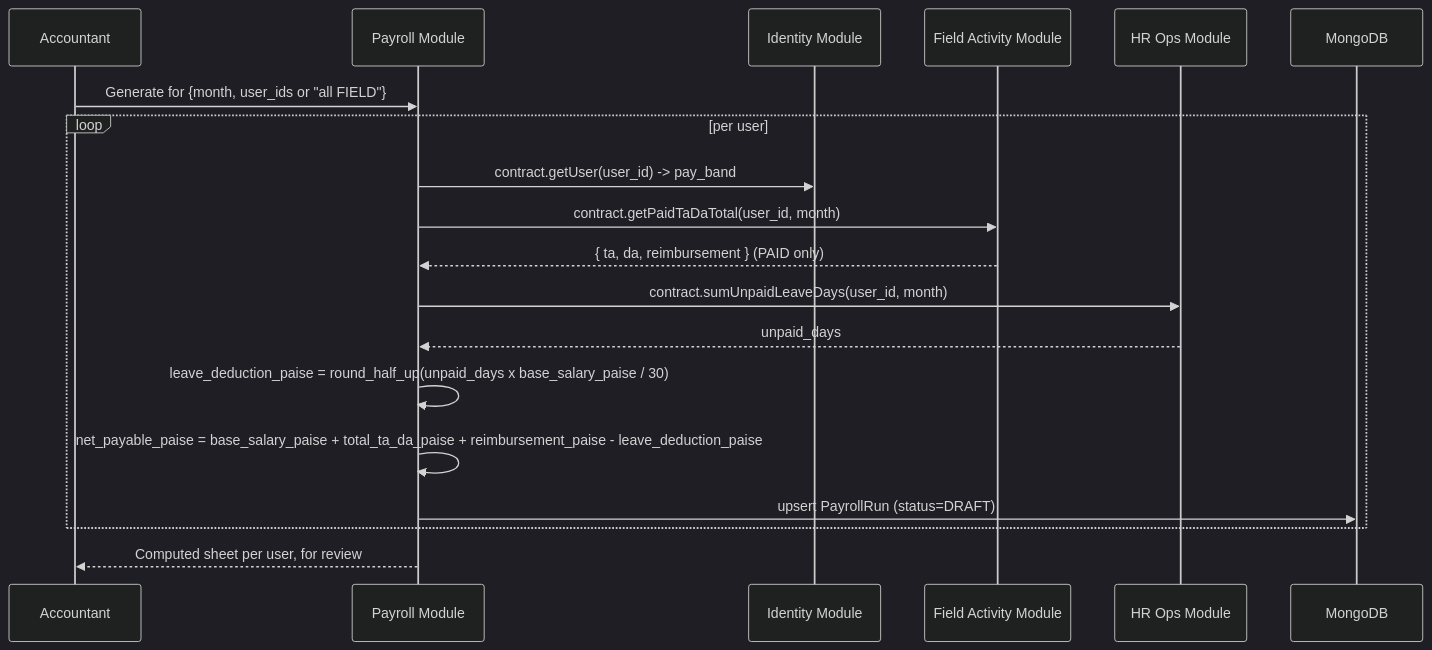
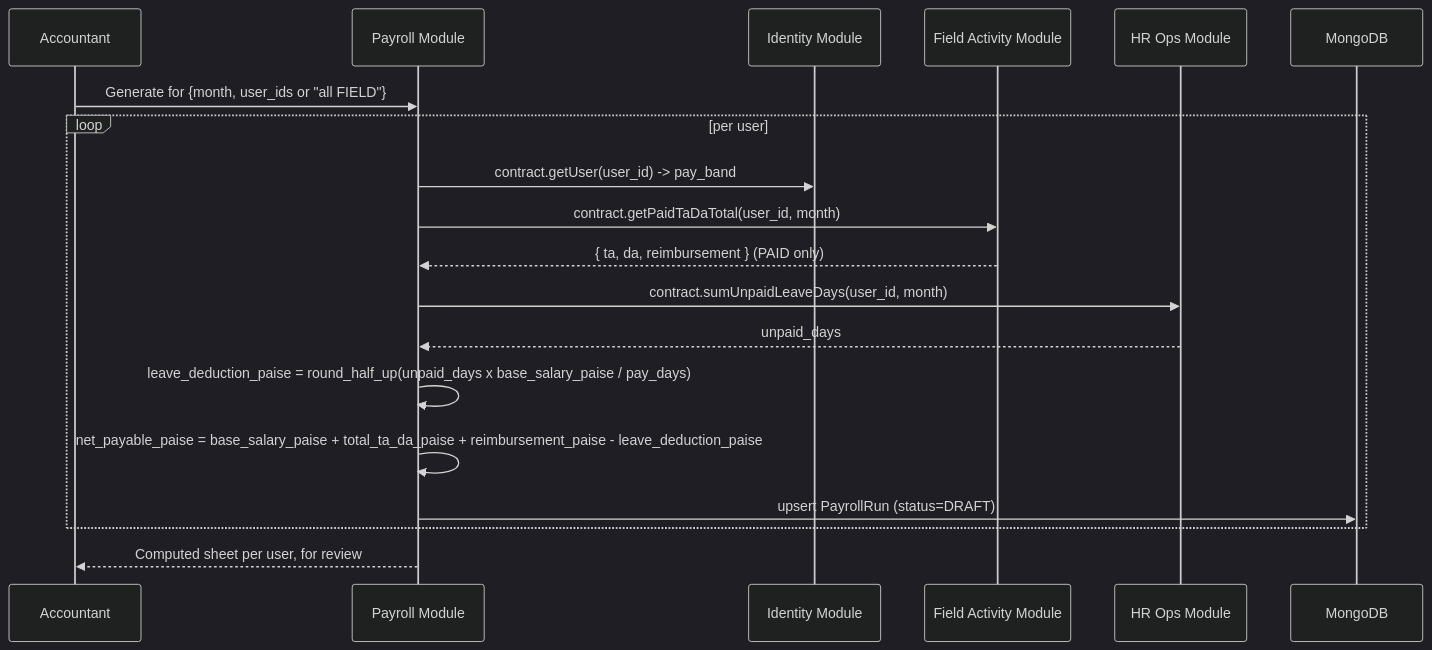
One commit to reboot-ai-private-limited/greynote changed the diagram in docs/hld/07-payroll-generation.md. Above: the diagram before and after it, drawn with Mermaid (dark theme). The commit also changed other lines of this file and 27 other files, not shown here.

First line of the commit message:
feat(payroll): price a day by the month's length; one Edit salary dialog

````diff
--- a/docs/hld/07-payroll-generation.md
+++ b/docs/hld/07-payroll-generation.md
@@ -7,22 +7,22 @@
 ```mermaid
 sequenceDiagram
     participant Acct as Accountant
     participant Payroll as Payroll Module
     participant Identity as Identity Module
     participant FA as Field Activity Module
     participant HR as HR Ops Module
     participant DB as MongoDB
 
     Acct->>Payroll: Generate for {month, user_ids or "all FIELD"}
     loop per user
         Payroll->>Identity: contract.getUser(user_id) -> pay_band
         Payroll->>FA: contract.getPaidTaDaTotal(user_id, month)
         FA-->>Payroll: { ta, da, reimbursement } (PAID only)
         Payroll->>HR: contract.sumUnpaidLeaveDays(user_id, month)
         HR-->>Payroll: unpaid_days
-        Payroll->>Payroll: leave_deduction_paise = round_half_up(unpaid_days x base_salary_paise / 30)
+        Payroll->>Payroll: leave_deduction_paise = round_half_up(unpaid_days x base_salary_paise / pay_days)
         Payroll->>Payroll: net_payable_paise = base_salary_paise + total_ta_da_paise + reimbursement_paise - leave_deduction_paise
         Payroll->>DB: upsert PayrollRun (status=DRAFT)
     end
     Payroll-->>Acct: Computed sheet per user, for review
 ```
````
